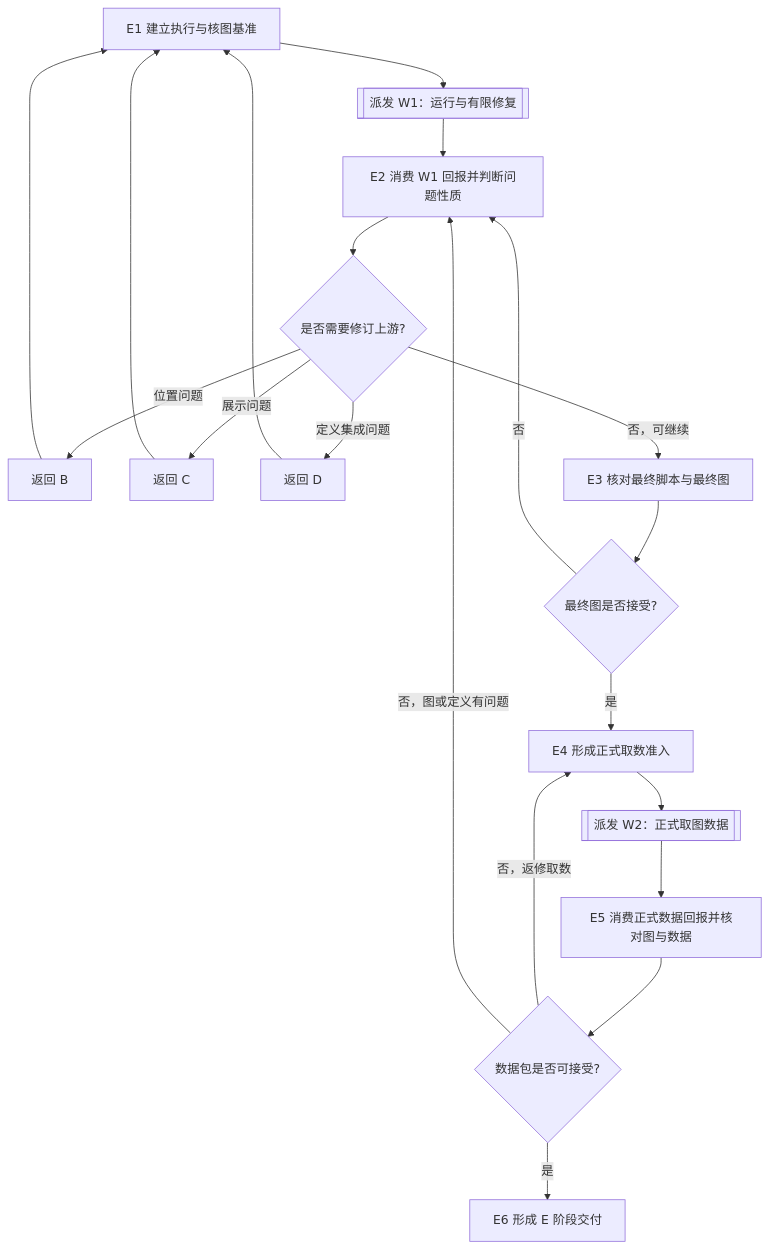
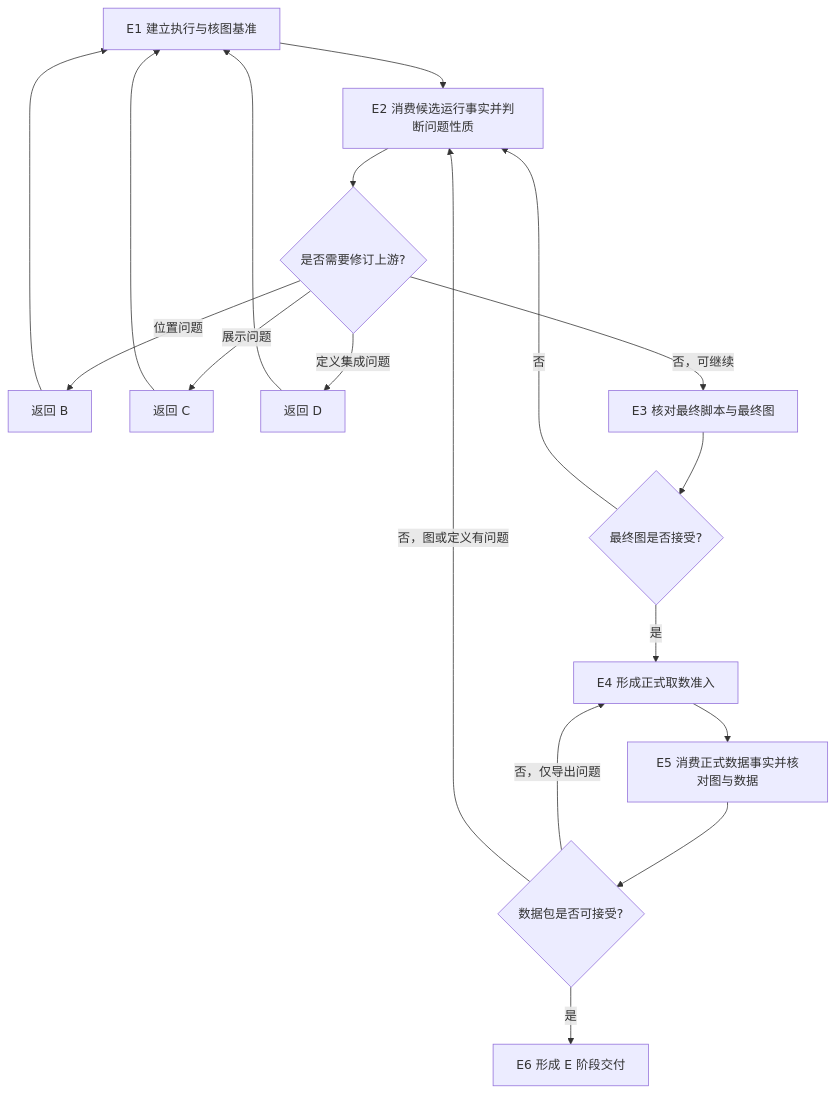
One commit to daowei2026/observe-iterate changed the diagram in skills/observation-material-preparation/caegraph-execution/WORKFLOW.md. Above: the diagram before and after it, drawn with Mermaid. The commit also changed other lines of this file, not shown here.

````diff
--- a/skills/observation-material-preparation/caegraph-execution/WORKFLOW.md
+++ b/skills/observation-material-preparation/caegraph-execution/WORKFLOW.md
@@ -7,22 +7,20 @@
 ```mermaid
 flowchart TD
-  E1[E1 建立执行与核图基准] --> W1[[派发 W1：运行与有限修复]]
-  W1 --> E2[E2 消费 W1 回报并判断问题性质]
+  E1[E1 建立执行与核图基准] --> E2[E2 消费候选运行事实并判断问题性质]
   E2 --> X{是否需要修订上游?}
   X -- 位置问题 --> B[返回 B]
   X -- 展示问题 --> C[返回 C]
   X -- 定义集成问题 --> D[返回 D]
   B --> E1
   C --> E1
   D --> E1
   X -- 否，可继续 --> E3[E3 核对最终脚本与最终图]
   E3 --> Y{最终图是否接受?}
   Y -- 否 --> E2
   Y -- 是 --> E4[E4 形成正式取数准入]
-  E4 --> W2[[派发 W2：正式取图数据]]
-  W2 --> E5[E5 消费正式数据回报并核对图与数据]
+  E4 --> E5[E5 消费正式数据事实并核对图与数据]
   E5 --> Z{数据包是否可接受?}
-  Z -- 否，返修取数 --> E4
+  Z -- 否，仅导出问题 --> E4
   Z -- 否，图或定义有问题 --> E2
   Z -- 是 --> E6[E6 形成 E 阶段交付]
 ```
````
